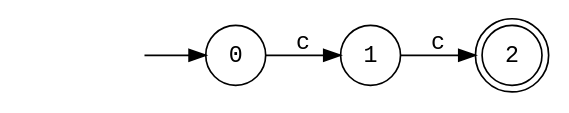
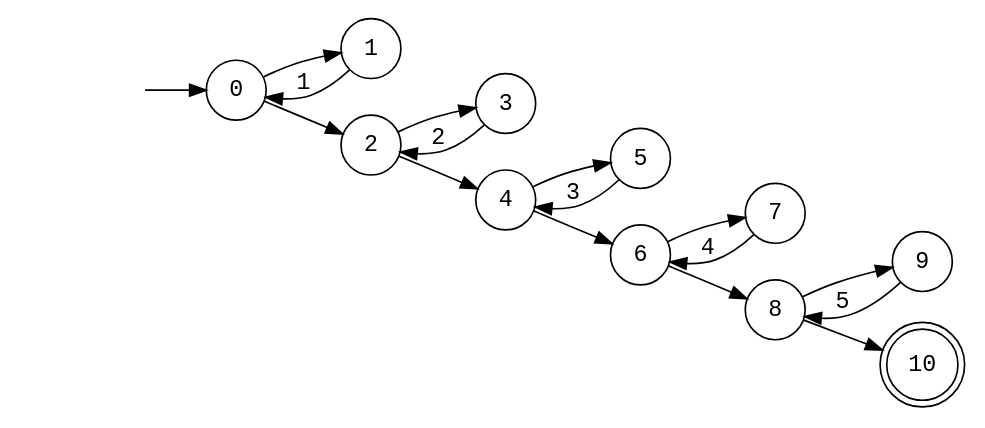
One commit to ladinu/cs321 changed the diagram in hw2/lexertour/nfa.dot. Above: the diagram before and after it, drawn with Graphviz. The commit also changed 22 other files, not shown here.

```diff
--- a/hw2/lexertour/nfa.dot
+++ b/hw2/lexertour/nfa.dot
@@ -1,12 +1,33 @@
 digraph Automaton {
 graph[rankdir=LR];
 node [fontname=Courier];
 edge [fontname=Courier];
 start[style=invis];
 start -> 0;
 0[label="0", shape=circle];
-0 -> 1[label="c"];
+0 -> 1[label=""];
+0 -> 2[label=""];
 1[label="1", shape=circle];
-1 -> 2[label="c"];
-2[label="2", shape=doublecircle];
+1 -> 0[label="1"];
+2[label="2", shape=circle];
+2 -> 3[label=""];
+2 -> 4[label=""];
+3[label="3", shape=circle];
+3 -> 2[label="2"];
+4[label="4", shape=circle];
+4 -> 5[label=""];
+4 -> 6[label=""];
+5[label="5", shape=circle];
+5 -> 4[label="3"];
+6[label="6", shape=circle];
+6 -> 7[label=""];
+6 -> 8[label=""];
+7[label="7", shape=circle];
+7 -> 6[label="4"];
+8[label="8", shape=circle];
+8 -> 9[label=""];
+8 -> 10[label=""];
+9[label="9", shape=circle];
+9 -> 8[label="5"];
+10[label="10", shape=doublecircle];
 }
```
